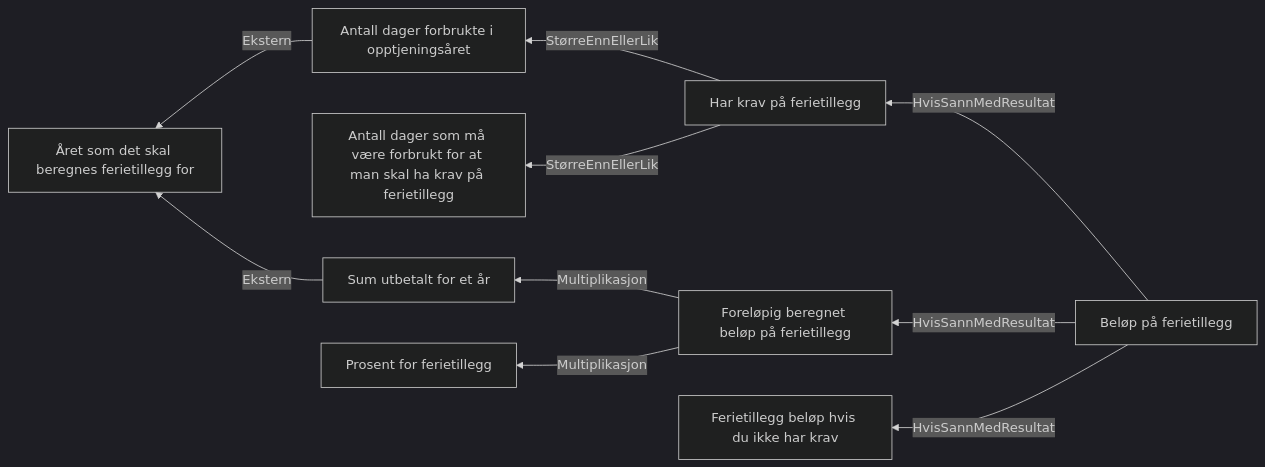
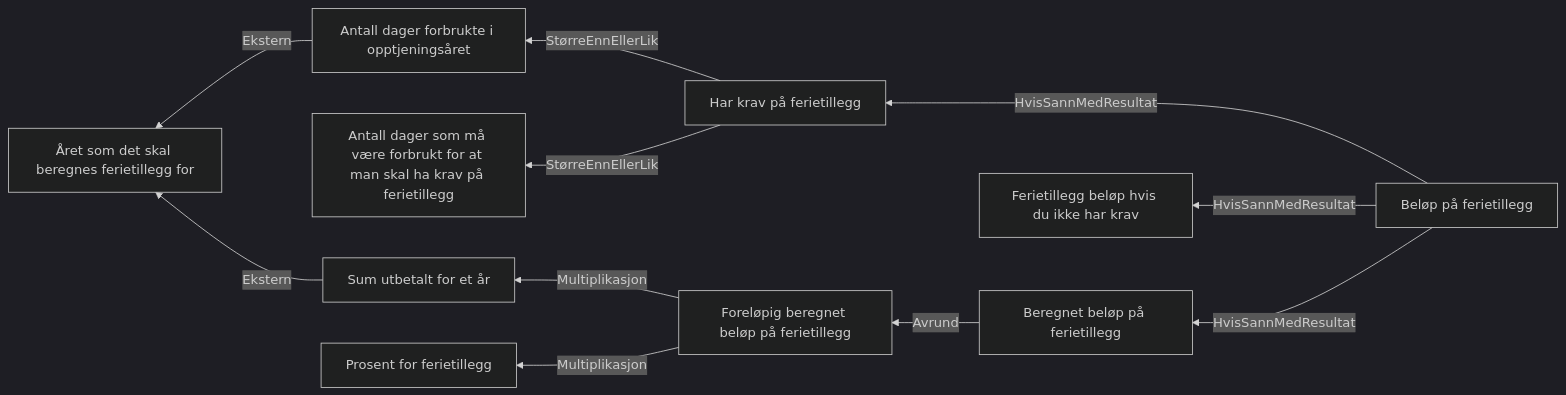
Before and after one commit to navikt/dp-behandling: the diagram in docs/regler/§ 4-14. Ferietillegg.approved.md, drawn with Mermaid (dark theme). The commit also changed other lines of this file and 3 other files, not shown here.

Commit message:
Avrund beregnet ferietilleggbeløp til nærmeste krone. Skjuler mellomberegninger for saksbehandler.

````diff
--- a/docs/regler/§ 4-14. Ferietillegg.approved.md
+++ b/docs/regler/§ 4-14. Ferietillegg.approved.md
@@ -5,12 +5,13 @@
 ```mermaid
 graph RL
   A["Antall dager forbrukte i opptjeningsåret"] -->|"Ekstern"| B["Året som det skal beregnes ferietillegg for"]
   C["Har krav på ferietillegg"] -->|"StørreEnnEllerLik"| A["Antall dager forbrukte i opptjeningsåret"]
   C["Har krav på ferietillegg"] -->|"StørreEnnEllerLik"| D["Antall dager som må være forbrukt for at man skal ha krav på ferietillegg"]
   E["Sum utbetalt for et år"] -->|"Ekstern"| B["Året som det skal beregnes ferietillegg for"]
   F["Foreløpig beregnet beløp på ferietillegg"] -->|"Multiplikasjon"| E["Sum utbetalt for et år"]
   F["Foreløpig beregnet beløp på ferietillegg"] -->|"Multiplikasjon"| G["Prosent for ferietillegg"]
-  H["Beløp på ferietillegg"] -->|"HvisSannMedResultat"| C["Har krav på ferietillegg"]
-  H["Beløp på ferietillegg"] -->|"HvisSannMedResultat"| F["Foreløpig beregnet beløp på ferietillegg"]
-  H["Beløp på ferietillegg"] -->|"HvisSannMedResultat"| I["Ferietillegg beløp hvis du ikke har krav"]
+  H["Beregnet beløp på ferietillegg"] -->|"Avrund"| F["Foreløpig beregnet beløp på ferietillegg"]
+  I["Beløp på ferietillegg"] -->|"HvisSannMedResultat"| C["Har krav på ferietillegg"]
+  I["Beløp på ferietillegg"] -->|"HvisSannMedResultat"| H["Beregnet beløp på ferietillegg"]
+  I["Beløp på ferietillegg"] -->|"HvisSannMedResultat"| J["Ferietillegg beløp hvis du ikke har krav"]
 ```
````
